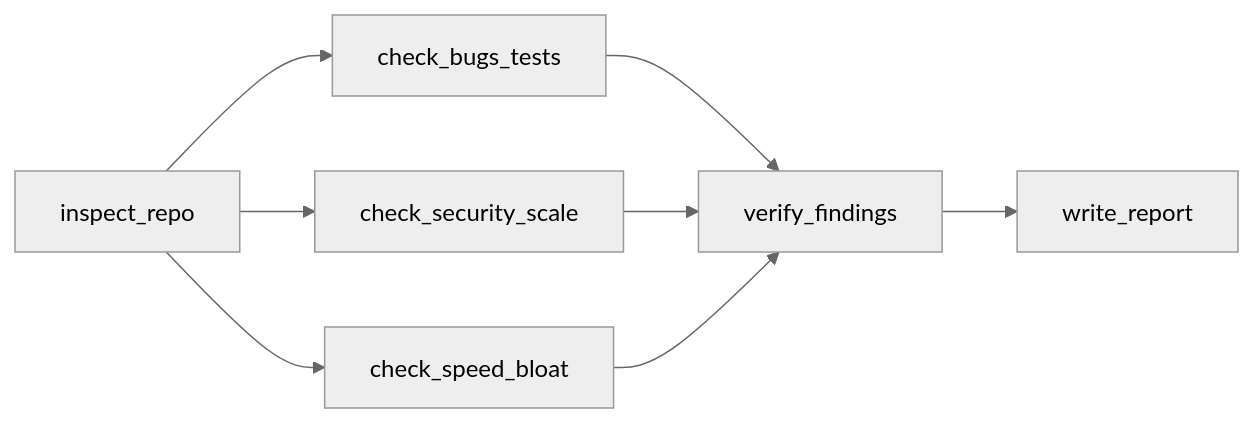
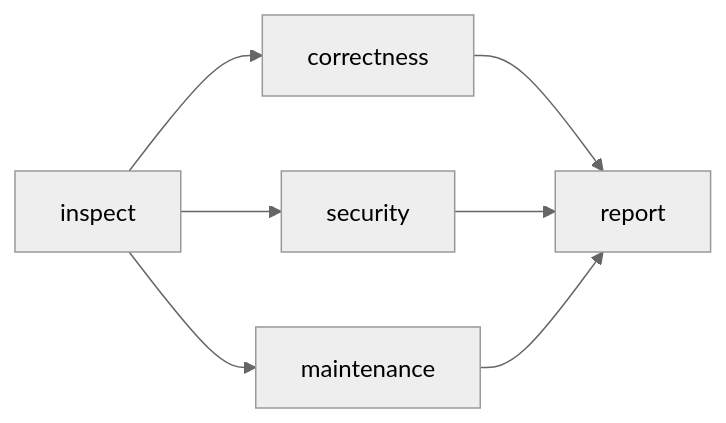
The diagram in examples/workflows/ponytail-audit.md (genai-io/san), drawn with Mermaid (neutral theme) before and after one commit. The commit also changed other lines of this file and 2 other files, not shown here.

````diff
--- a/examples/workflows/ponytail-audit.md
+++ b/examples/workflows/ponytail-audit.md
@@ -12,4 +12,4 @@
 ```mermaid
 flowchart LR
-  inspect_repo --> check_bugs_tests & check_security_scale & check_speed_bloat --> verify_findings --> write_report
+  inspect --> correctness & security & maintenance --> report
 ```
````
